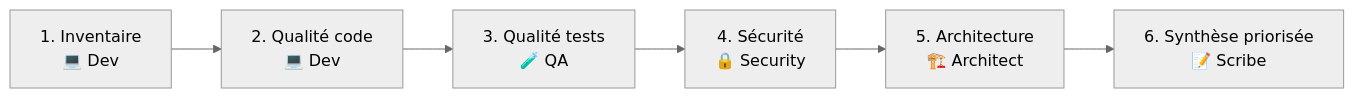
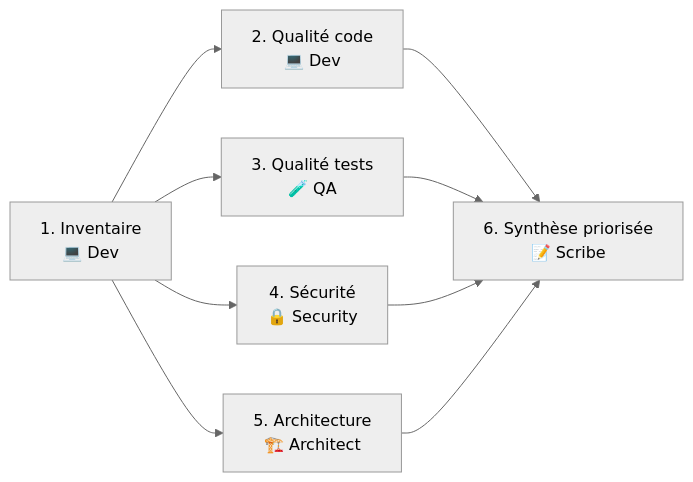
Before and after one commit to zavrocKk/zav-sandbox: the diagram in agents/workflows/code-analysis.md, drawn with Mermaid (neutral theme). The commit also changed other lines of this file and 2 other files, not shown here.

Commit message:
fix(workflows): align mermaid diagrams with prose rules
- incident-response: decision branches on mitigation (refused/failed -> back
  to diagnostic) and root-cause routing by hypothesis type (Dev/DevOps/
  Security+escalade/Panel divergent), previously prose-only (rules L33-40)
- code-analysis: phases 2-5 now parallel fan-out from inventory, matching
  the divergent regime the party-mode module mandates for audits
- feature-development: QA closed loop made visible (blocking gaps -> back
  to implementation), matching the 'boucle fermee' rule

Diagrams now encode the binary rules instead of leaving them prose-only
(principe directeur 2026-05-09: regles binaires > narratives).

````diff
--- a/agents/workflows/code-analysis.md
+++ b/agents/workflows/code-analysis.md
@@ -7,8 +7,11 @@
 ```mermaid
 flowchart LR
   I[1. Inventaire<br/>💻 Dev] --> Q[2. Qualité code<br/>💻 Dev]
-  Q --> T[3. Qualité tests<br/>🧪 QA]
-  T --> S[4. Sécurité<br/>🔒 Security]
-  S --> A[5. Architecture<br/>🏗️ Architect]
-  A --> P[6. Synthèse priorisée<br/>📝 Scribe]
+  I --> T[3. Qualité tests<br/>🧪 QA]
+  I --> S[4. Sécurité<br/>🔒 Security]
+  I --> A[5. Architecture<br/>🏗️ Architect]
+  Q --> P[6. Synthèse priorisée<br/>📝 Scribe]
+  T --> P
+  S --> P
+  A --> P
 ```
````
